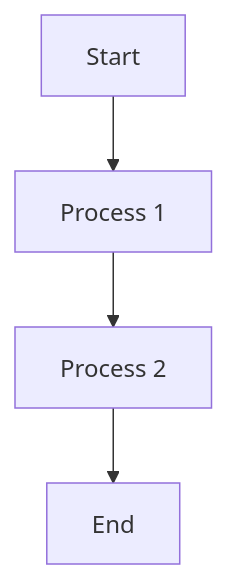
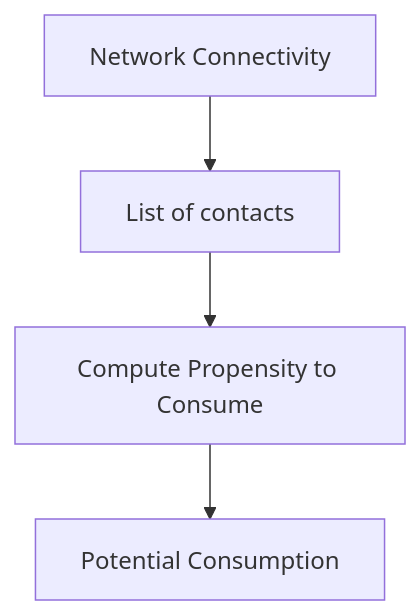
One commit to pfagandini/ABM-Project-ISCAL changed the second of 2 diagrams in article.md. Above: the diagram before and after it, drawn with Mermaid. The commit also changed other lines of this file and 4 other files, not shown here.

````diff
--- a/article.md
+++ b/article.md
@@ -1,6 +29,6 @@
 ```mermaid
-flowchart TD;
-    A[Start] --> B[Process 1];
-    B --> C[Process 2];
-    C --> D[End];
+    flowchart TD;
+    A[Network Connectivity] --> B[List of contacts];
+    B --> C[Compute Propensity to Consume] --> D[Potential Consumption];
+    
 ```
````
